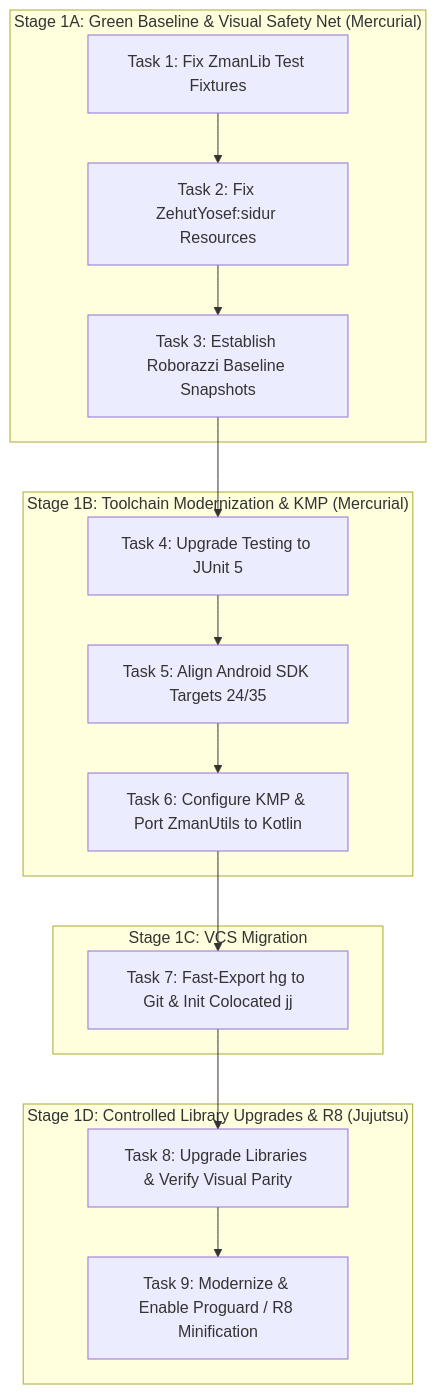
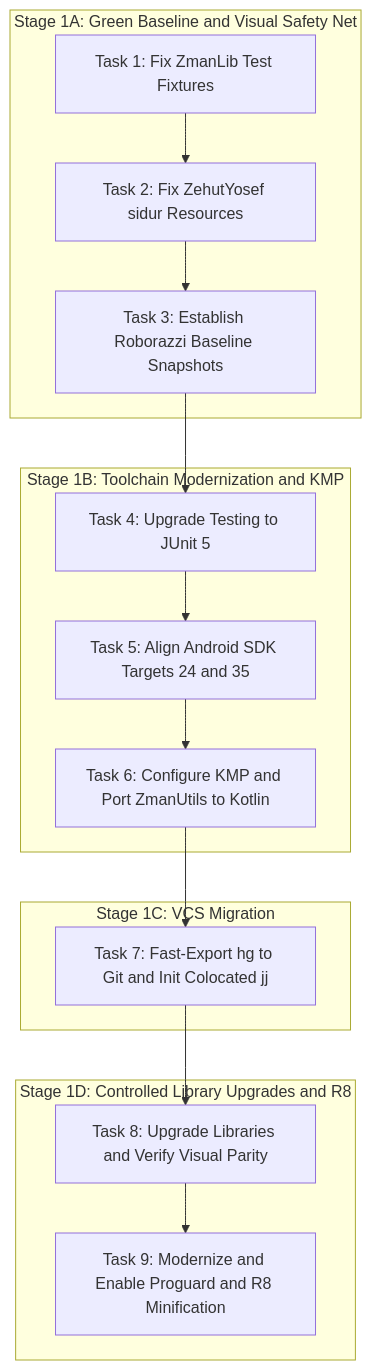
Before and after one commit to jgindin/zmanim: the diagram in docs/superpowers/plans/2026-09-07-foundation-modernization-and-jj-migration.md, drawn with Mermaid. The commit also changed 1 other file, not shown here.

Commit message:
Fix mermaid syntax across master roadmap and implementation plan

````diff
--- a/docs/superpowers/plans/2026-09-07-foundation-modernization-and-jj-migration.md
+++ b/docs/superpowers/plans/2026-09-07-foundation-modernization-and-jj-migration.md
@@ -11,22 +11,22 @@
 ```mermaid
-graph TD
-    subgraph "Stage 1A: Green Baseline & Visual Safety Net (Mercurial)"
-        T1[Task 1: Fix ZmanLib Test Fixtures] --> T2[Task 2: Fix ZehutYosef:sidur Resources]
-        T2 --> T3[Task 3: Establish Roborazzi Baseline Snapshots]
+flowchart TD
+    subgraph Stage_1A ["Stage 1A: Green Baseline and Visual Safety Net"]
+        T1["Task 1: Fix ZmanLib Test Fixtures"] --> T2["Task 2: Fix ZehutYosef sidur Resources"]
+        T2 --> T3["Task 3: Establish Roborazzi Baseline Snapshots"]
     end
 
-    subgraph "Stage 1B: Toolchain Modernization & KMP (Mercurial)"
-        T3 --> T4[Task 4: Upgrade Testing to JUnit 5]
-        T4 --> T5[Task 5: Align Android SDK Targets 24/35]
-        T5 --> T6[Task 6: Configure KMP & Port ZmanUtils to Kotlin]
+    subgraph Stage_1B ["Stage 1B: Toolchain Modernization and KMP"]
+        T3 --> T4["Task 4: Upgrade Testing to JUnit 5"]
+        T4 --> T5["Task 5: Align Android SDK Targets 24 and 35"]
+        T5 --> T6["Task 6: Configure KMP and Port ZmanUtils to Kotlin"]
     end
 
-    subgraph "Stage 1C: VCS Migration"
-        T6 --> T7[Task 7: Fast-Export hg to Git & Init Colocated jj]
+    subgraph Stage_1C ["Stage 1C: VCS Migration"]
+        T6 --> T7["Task 7: Fast-Export hg to Git and Init Colocated jj"]
     end
 
-    subgraph "Stage 1D: Controlled Library Upgrades & R8 (Jujutsu)"
-        T7 --> T8[Task 8: Upgrade Libraries & Verify Visual Parity]
-        T8 --> T9[Task 9: Modernize & Enable Proguard / R8 Minification]
+    subgraph Stage_1D ["Stage 1D: Controlled Library Upgrades and R8"]
+        T7 --> T8["Task 8: Upgrade Libraries and Verify Visual Parity"]
+        T8 --> T9["Task 9: Modernize and Enable Proguard and R8 Minification"]
     end
 ```
````
